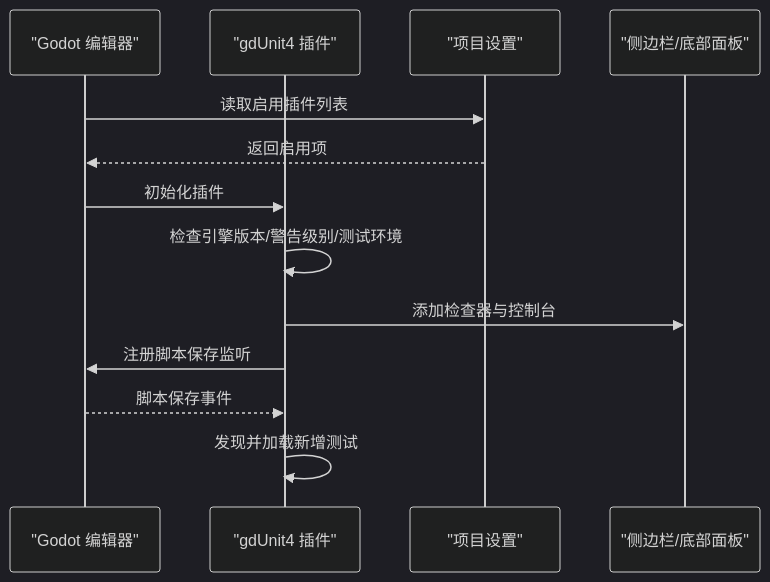
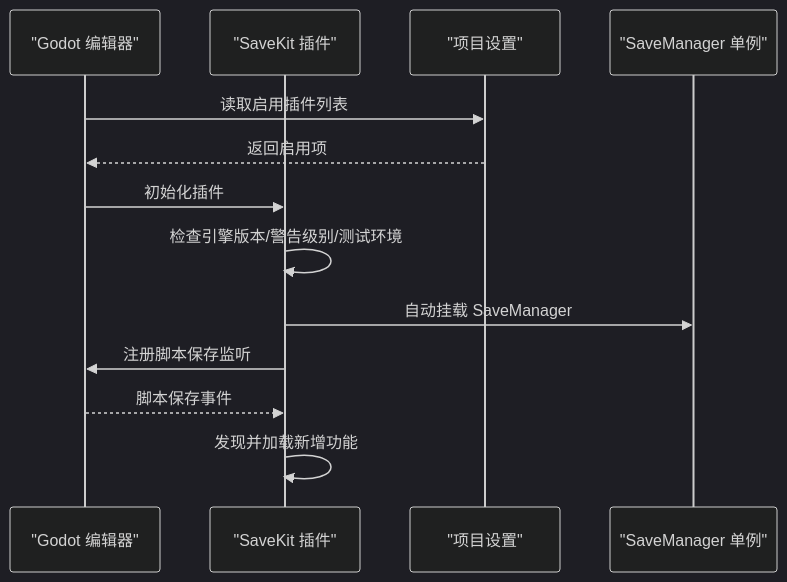
The third of 4 diagrams in .qoder/repowiki/zh/content/开发工具/开发工具.md (godotline/godot-line), drawn with Mermaid (dark theme) before and after one commit. The commit also changed other lines of this file and 20 other files, not shown here.

````diff
--- a/.qoder/repowiki/zh/content/开发工具/开发工具.md
+++ b/.qoder/repowiki/zh/content/开发工具/开发工具.md
@@ -137,15 +129,15 @@
 ```mermaid
 sequenceDiagram
 participant Editor as "Godot 编辑器"
-participant Plugin as "gdUnit4 插件"
+participant Plugin as "SaveKit 插件"
 participant Settings as "项目设置"
-participant Dock as "侧边栏/底部面板"
+participant AutoLoad as "SaveManager 单例"
 Editor->>Settings : 读取启用插件列表
 Settings-->>Editor : 返回启用项
 Editor->>Plugin : 初始化插件
 Plugin->>Plugin : 检查引擎版本/警告级别/测试环境
-Plugin->>Dock : 添加检查器与控制台
+Plugin->>AutoLoad : 自动挂载 SaveManager
 Plugin->>Editor : 注册脚本保存监听
 Editor-->>Plugin : 脚本保存事件
-Plugin->>Plugin : 发现并加载新增测试
+Plugin->>Plugin : 发现并加载新增功能
 ```
````
